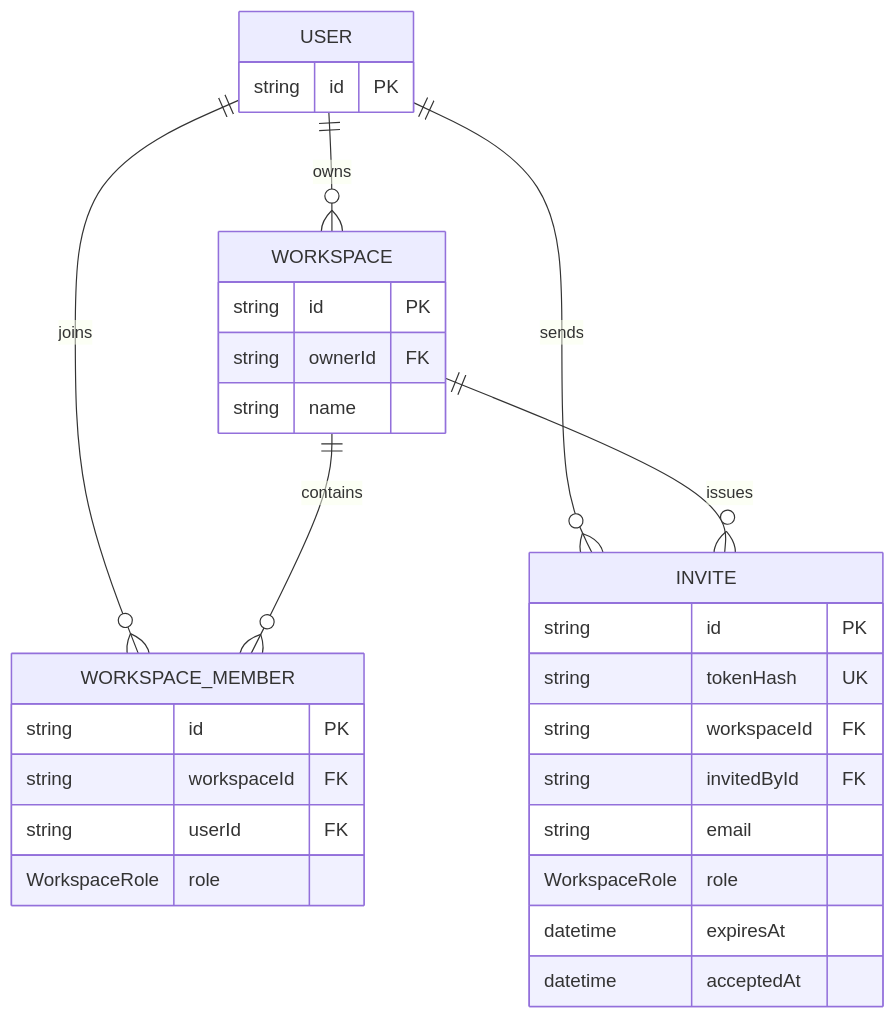
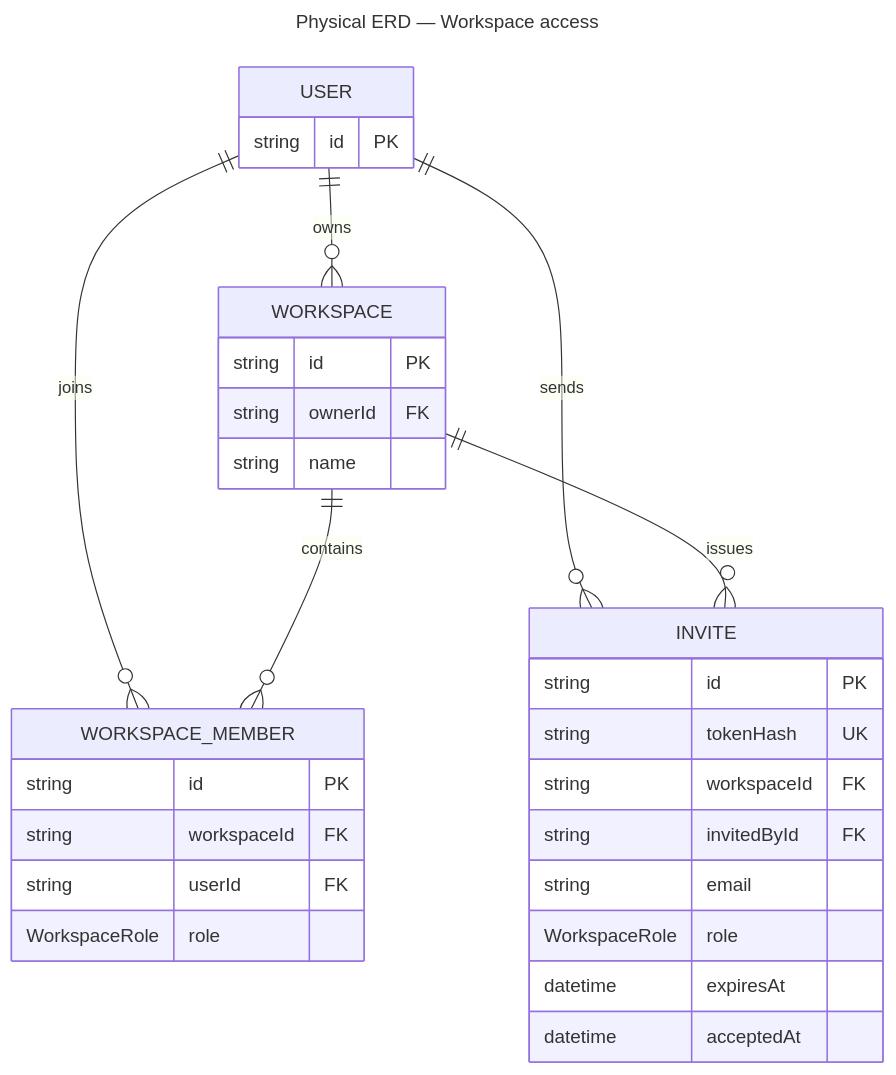
Before and after one commit to santinomarial/Meridian: the diagram in docs/diagrams/source/data-workspace-access.mmd, drawn with Mermaid. The commit also changed 62 other files, not shown here.

Commit message:
Perfect architecture diagrams and sizing

```diff
--- a/docs/diagrams/source/data-workspace-access.mmd
+++ b/docs/diagrams/source/data-workspace-access.mmd
@@ -1,31 +1,34 @@
+---
+title: Physical ERD — Workspace access
+---
 erDiagram
     USER ||--o{ WORKSPACE : owns
     USER ||--o{ WORKSPACE_MEMBER : joins
     WORKSPACE ||--o{ WORKSPACE_MEMBER : contains
     USER ||--o{ INVITE : sends
     WORKSPACE ||--o{ INVITE : issues
 
     USER {
         string id PK
     }
     WORKSPACE {
         string id PK
         string ownerId FK
         string name
     }
     WORKSPACE_MEMBER {
         string id PK
         string workspaceId FK
         string userId FK
         WorkspaceRole role
     }
     INVITE {
         string id PK
         string tokenHash UK
         string workspaceId FK
         string invitedById FK
         string email
         WorkspaceRole role
         datetime expiresAt
         datetime acceptedAt
     }
```
